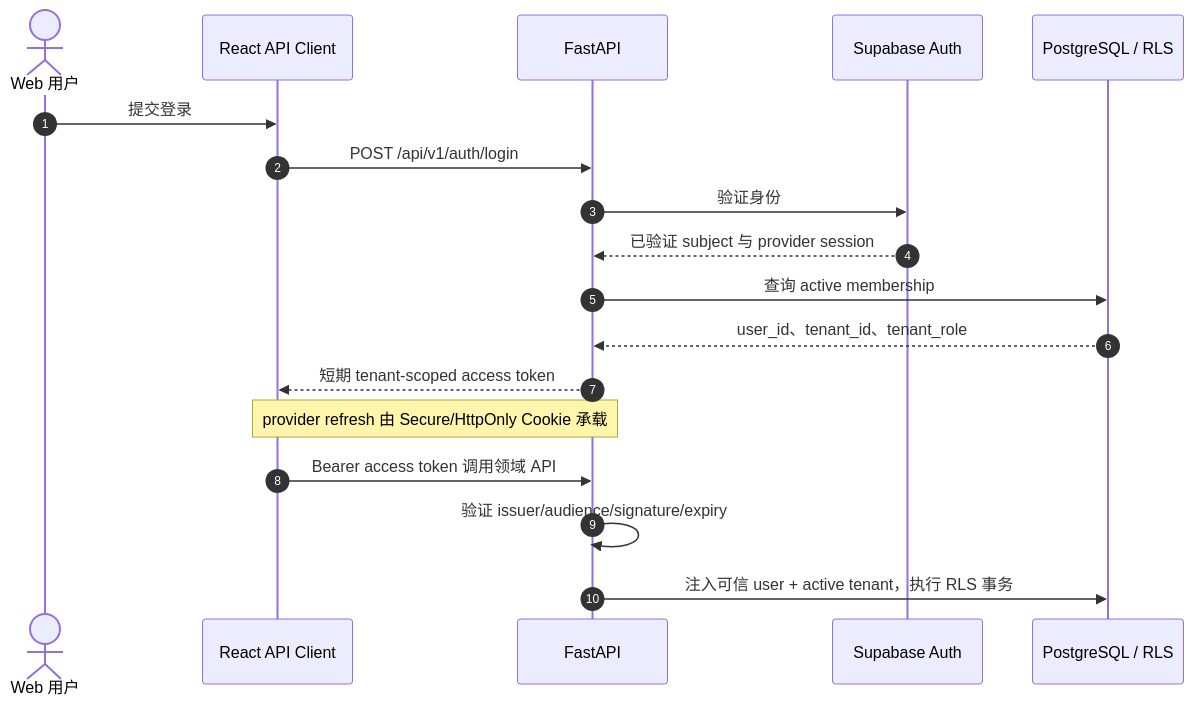
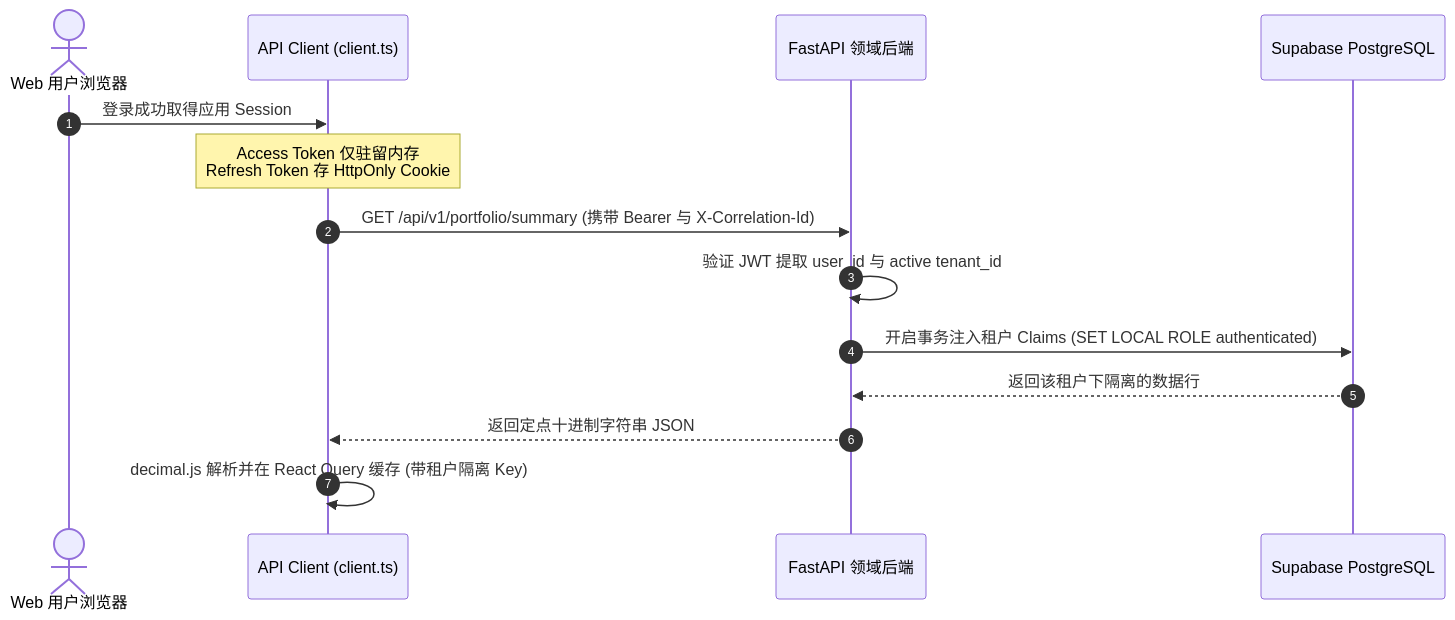
One commit to sinojelly/wealthsail changed the fourth of 6 diagrams in docs/10.WealthSail-MVP前后端实现与系统部署规范.md. Above: the diagram before and after it, drawn with Mermaid. The commit also changed other lines of this file, not shown here.

````diff
--- a/docs/10.WealthSail-MVP前后端实现与系统部署规范.md
+++ b/docs/10.WealthSail-MVP前后端实现与系统部署规范.md
@@ -384,21 +224,18 @@
 ```mermaid
 sequenceDiagram
     autonumber
-    actor User as Web 用户
-    participant Web as React API Client
-    participant API as FastAPI
-    participant Auth as Supabase Auth
-    participant DB as PostgreSQL / RLS
+    actor User as Web 用户浏览器
+    participant Client as API Client (client.ts)
+    participant API as FastAPI 领域后端
+    participant DB as Supabase PostgreSQL
 
-    User->>Web: 提交登录
-    Web->>API: POST /api/v1/auth/login
-    API->>Auth: 验证身份
-    Auth-->>API: 已验证 subject 与 provider session
-    API->>DB: 查询 active membership
-    DB-->>API: user_id、tenant_id、tenant_role
-    API-->>Web: 短期 tenant-scoped access token
-    Note over API,Web: provider refresh 由 Secure/HttpOnly Cookie 承载
-    Web->>API: Bearer access token 调用领域 API
-    API->>API: 验证 issuer/audience/signature/expiry
-    API->>DB: 注入可信 user + active tenant，执行 RLS 事务
+    User->>Client: 登录成功取得应用 Session
+    Note over Client: Access Token 仅驻留内存<br/>Refresh Token 存 HttpOnly Cookie
+    
+    Client->>API: GET /api/v1/portfolio/summary (携带 Bearer 与 X-Correlation-Id)
+    API->>API: 验证 JWT 提取 user_id 与 active tenant_id
+    API->>DB: 开启事务注入租户 Claims (SET LOCAL ROLE authenticated)
+    DB-->>API: 返回该租户下隔离的数据行
+    API-->>Client: 返回定点十进制字符串 JSON
+    Client->>Client: decimal.js 解析并在 React Query 缓存 (带租户隔离 Key)
 ```
````
